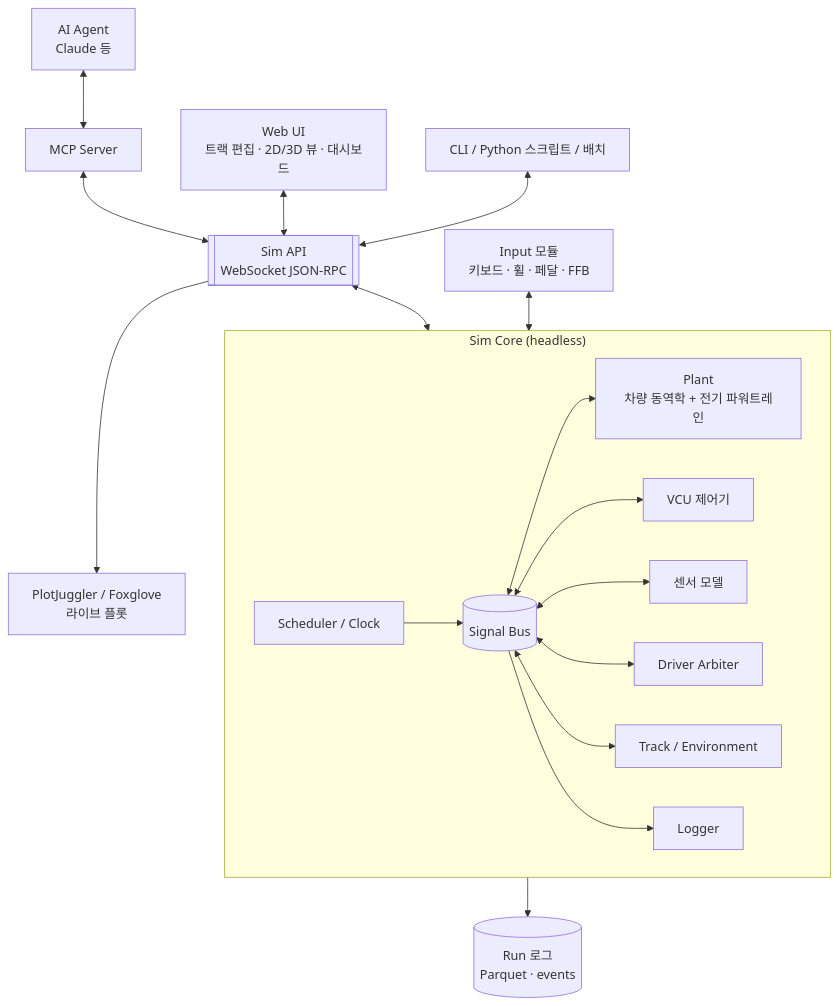
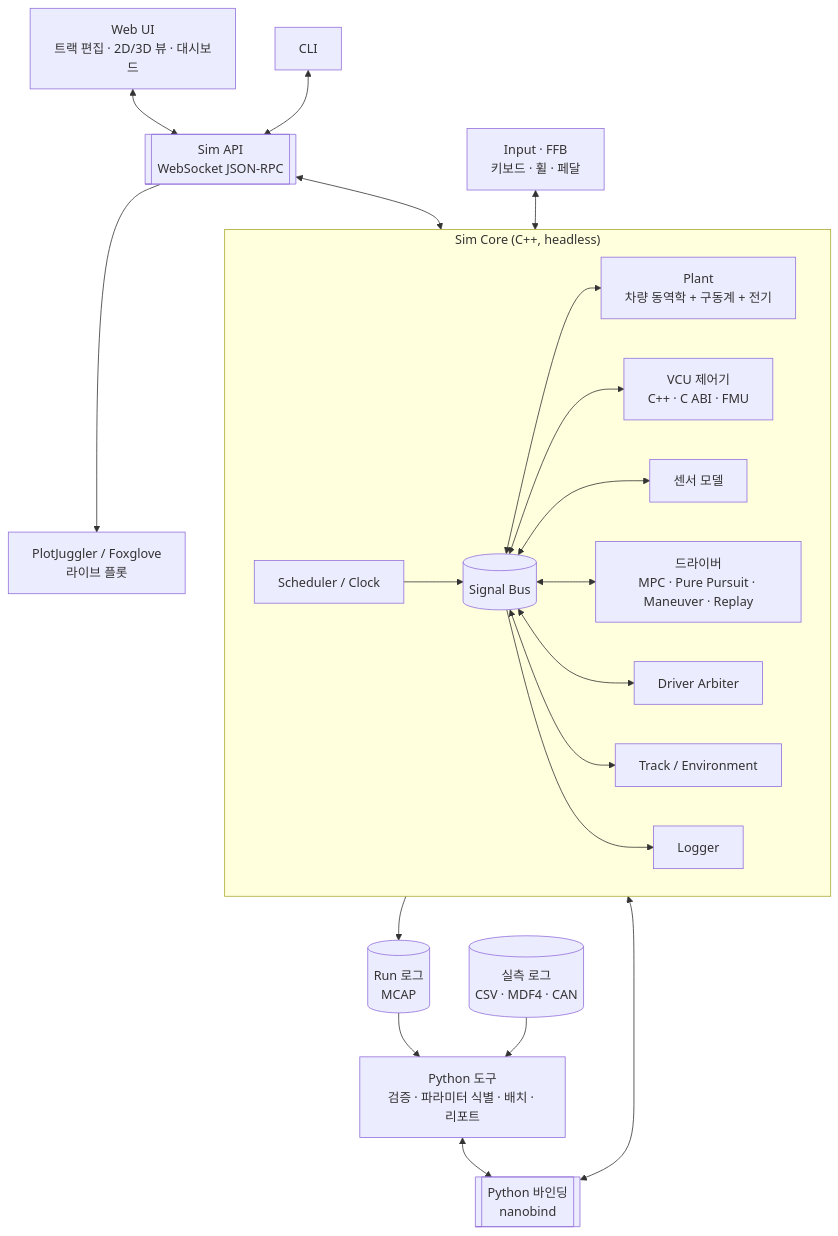
The first of 3 diagrams in docs/design.md (tkdgusqkr-g/vehicle_simulation), drawn with Mermaid before and after one commit. The commit also changed other lines of this file and 1 other file, not shown here.

````diff
--- a/docs/design.md
+++ b/docs/design.md
@@ -162,21 +183,24 @@
 ```mermaid
 flowchart TB
-  AGENT["AI Agent<br/>Claude 등"] <--> MCP["MCP Server"]
-  MCP <--> API[["Sim API<br/>WebSocket JSON-RPC"]]
-  UI["Web UI<br/>트랙 편집 · 2D/3D 뷰 · 대시보드"] <--> API
-  CLI["CLI / Python 스크립트 / 배치"] <--> API
+  UI["Web UI<br/>트랙 편집 · 2D/3D 뷰 · 대시보드"] <--> API[["Sim API<br/>WebSocket JSON-RPC"]]
+  CLI["CLI"] <--> API
+  PY["Python 도구<br/>검증 · 파라미터 식별 · 배치 · 리포트"] <--> BIND[["Python 바인딩<br/>nanobind"]]
   API --> PLOT["PlotJuggler / Foxglove<br/>라이브 플롯"]
-  subgraph CORE["Sim Core (headless)"]
+  subgraph CORE["Sim Core (C++, headless)"]
     direction LR
     SCH["Scheduler / Clock"] --> BUS[("Signal Bus")]
-    BUS <--> PLANT["Plant<br/>차량 동역학 + 전기 파워트레인"]
-    BUS <--> CTRL["VCU 제어기"]
+    BUS <--> PLANT["Plant<br/>차량 동역학 + 구동계 + 전기"]
+    BUS <--> CTRL["VCU 제어기<br/>C++ · C ABI · FMU"]
     BUS <--> SENS["센서 모델"]
+    BUS <--> DRV["드라이버<br/>MPC · Pure Pursuit · Maneuver · Replay"]
     BUS <--> ARB["Driver Arbiter"]
     BUS <--> TRK["Track / Environment"]
     BUS --> LOG["Logger"]
   end
   API <--> SCH
-  INPUT["Input 모듈<br/>키보드 · 휠 · 페달 · FFB"] <--> ARB
-  LOG --> FILES[("Run 로그<br/>Parquet · events")]
+  BIND <--> SCH
+  INPUT["Input · FFB<br/>키보드 · 휠 · 페달"] <--> ARB
+  LOG --> FILES[("Run 로그<br/>MCAP")]
+  FILES --> PY
+  REAL[("실측 로그<br/>CSV · MDF4 · CAN")] --> PY
 ```
````
